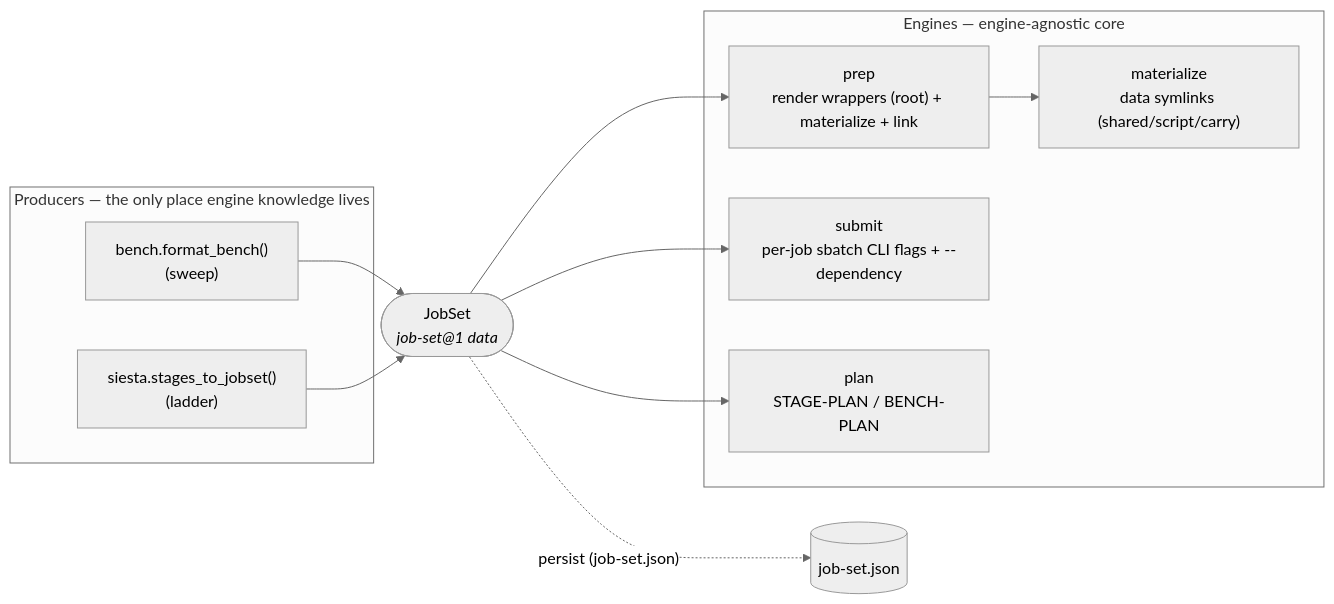
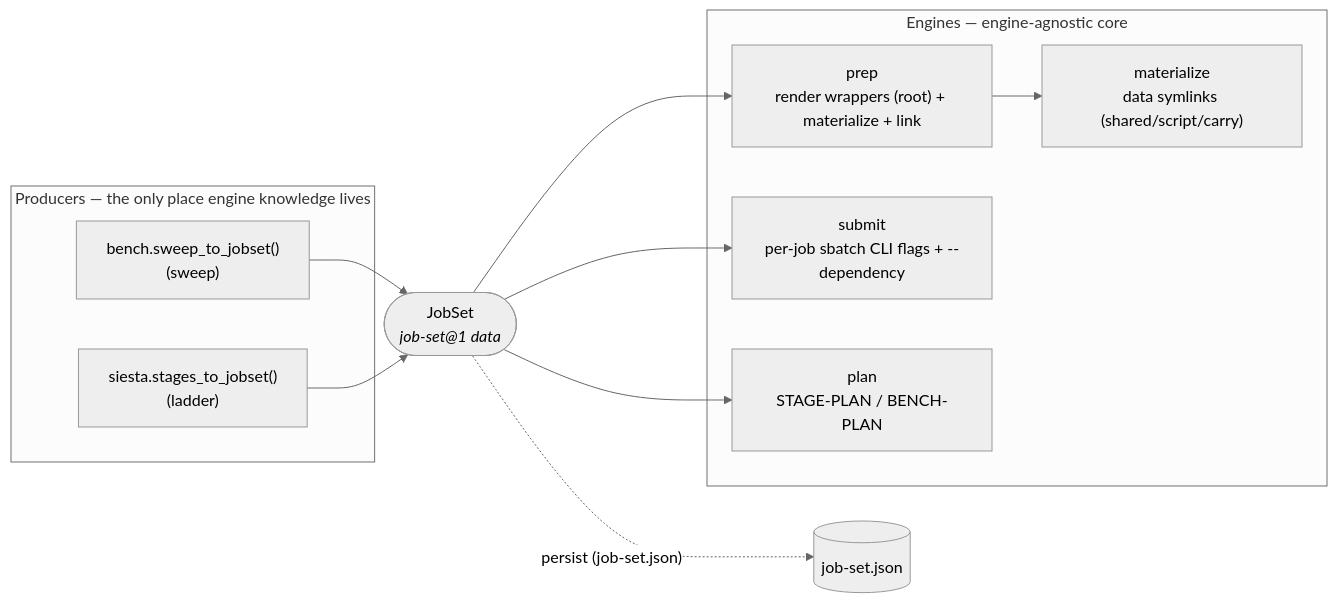
One commit to Qing-LAB/molbuilder changed the first of 6 diagrams in docs/protocols/staged-execution.md. Above: the diagram before and after it, drawn with Mermaid (neutral theme). The commit also changed other lines of this file and 3 other files, not shown here.

````diff
--- a/docs/protocols/staged-execution.md
+++ b/docs/protocols/staged-execution.md
@@ -58,21 +63,21 @@
 ```mermaid
 flowchart LR
   subgraph P["Producers — the only place engine knowledge lives"]
-    B["bench.format_bench()<br/>(sweep)"]
+    B["bench.sweep_to_jobset()<br/>(sweep)"]
     S["siesta.stages_to_jobset()<br/>(ladder)"]
   end
   JS(["JobSet<br/><i>job-set@1 data</i>"])
   subgraph E["Engines — engine-agnostic core"]
     M["materialize<br/>data symlinks (shared/script/carry)"]
     PR["prep<br/>render wrappers (root) + materialize + link"]
     SU["submit<br/>per-job sbatch CLI flags + --dependency"]
     PL["plan<br/>STAGE-PLAN / BENCH-PLAN"]
   end
   B --> JS
   S --> JS
   JS --> PR
   PR --> M
   JS --> SU
   JS --> PL
   JS -. "persist (job-set.json)" .-> F[("job-set.json")]
 ```
````
